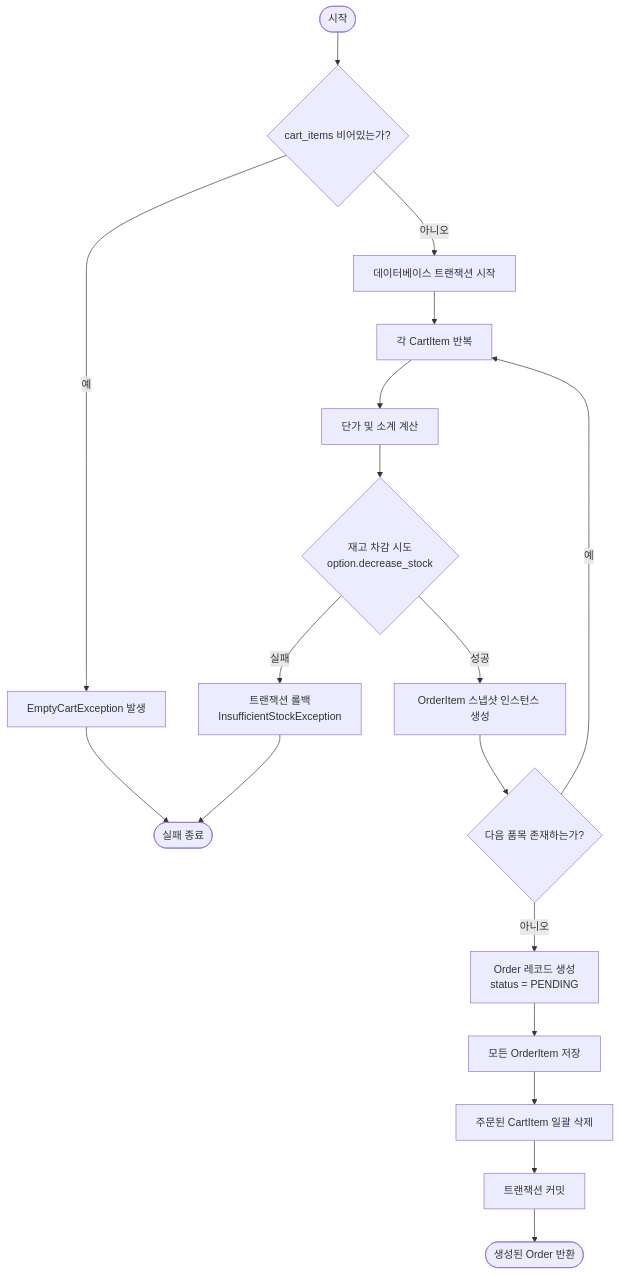
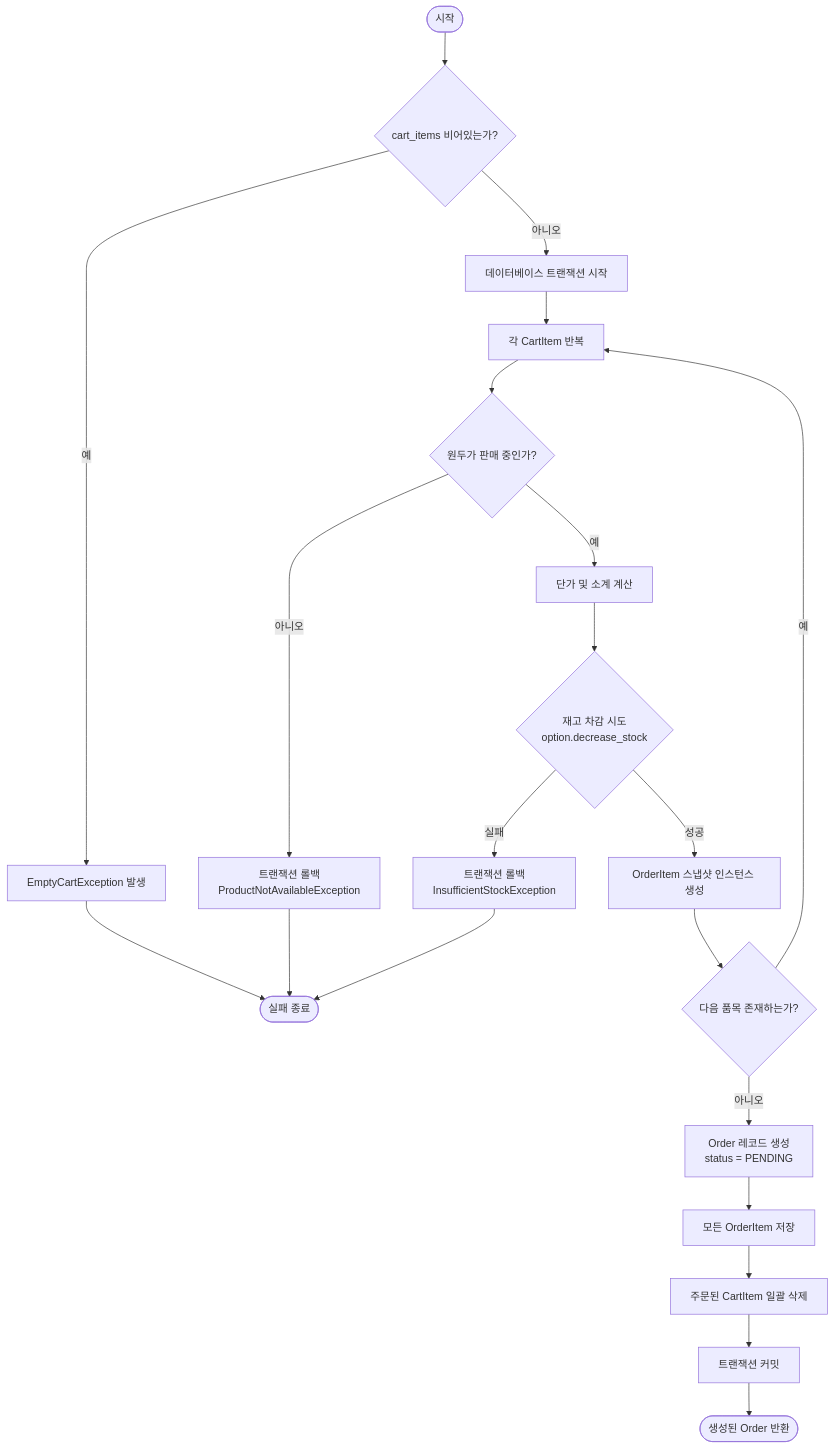
The first of 2 diagrams in docs/backend/method-algorithms.md (seren-wib/coffee-shop), drawn with Mermaid before and after one commit. The commit also changed other lines of this file and 4 other files, not shown here.

````diff
--- a/docs/backend/method-algorithms.md
+++ b/docs/backend/method-algorithms.md
@@ -55,21 +56,23 @@
 ```mermaid
 flowchart TD
     Start([시작]) --> CheckEmpty{cart_items 비어있는가?}
     CheckEmpty -- 예 --> RaiseEmpty[EmptyCartException 발생] --> EndFail([실패 종료])
     CheckEmpty -- 아니오 --> BeginTx[데이터베이스 트랜잭션 시작]
     
     BeginTx --> LoopItems[각 CartItem 반복]
-    LoopItems --> CalcPrice[단가 및 소계 계산]
+    LoopItems --> CheckSale{원두가 판매 중인가?}
+    CheckSale -- 아니오 --> RollbackSale[트랜잭션 롤백<br>ProductNotAvailableException] --> EndFail
+    CheckSale -- 예 --> CalcPrice[단가 및 소계 계산]
     CalcPrice --> TryDecrease{재고 차감 시도<br>option.decrease_stock}
     
     TryDecrease -- 실패 --> Rollback[트랜잭션 롤백<br>InsufficientStockException] --> EndFail
     TryDecrease -- 성공 --> CreateOI[OrderItem 스냅샷 인스턴스 생성]
     CreateOI --> HasMore{다음 품목 존재하는가?}
     
     HasMore -- 예 --> LoopItems
     HasMore -- 아니오 --> CreateOrder[Order 레코드 생성<br>status = PENDING]
     CreateOrder --> SaveOIs[모든 OrderItem 저장]
     SaveOIs --> DeleteCart[주문된 CartItem 일괄 삭제]
     DeleteCart --> CommitTx[트랜잭션 커밋]
     CommitTx --> ReturnOrder([생성된 Order 반환])
 ```
````
